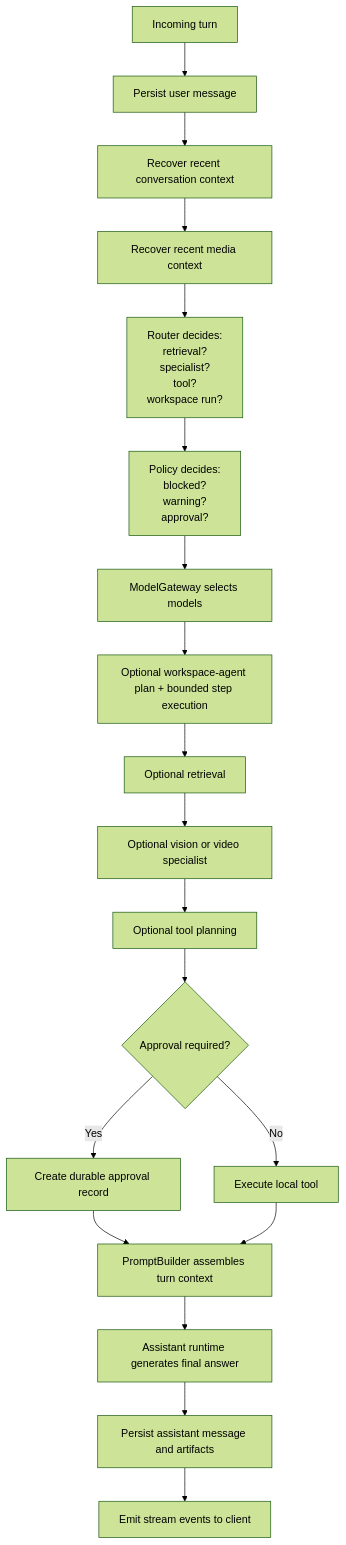
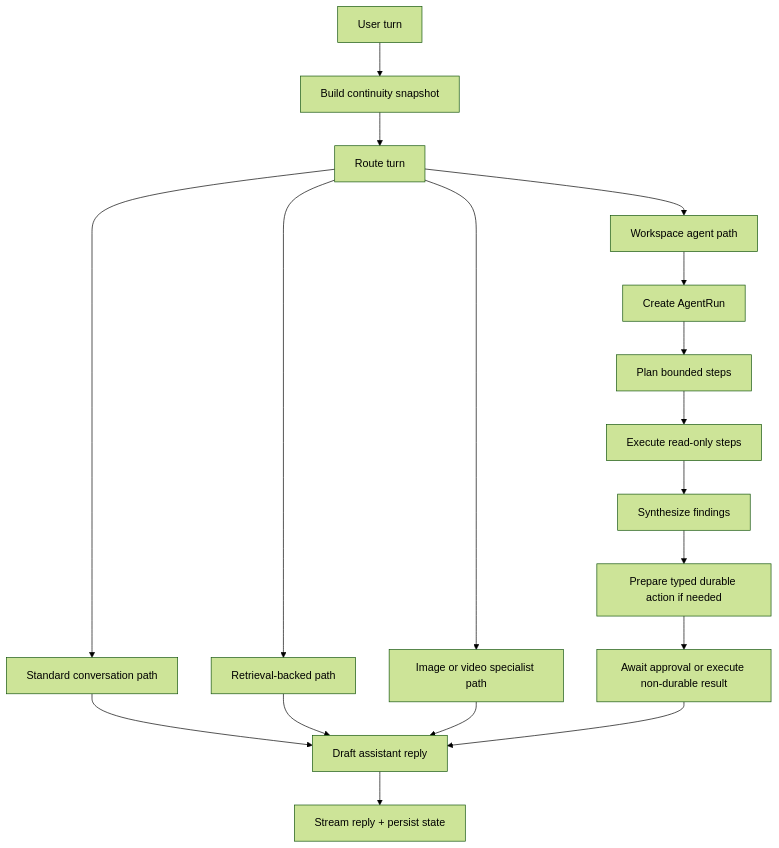
The second of 5 diagrams in README.md (CheickDiakite-yikes/gemma-local-expert), drawn with Mermaid (forest theme) before and after one commit. The commit also changed other lines of this file and 11 other files, not shown here.

Commit message:
Broaden local outputs and harden continuity

````diff
--- a/README.md
+++ b/README.md
@@ -232,21 +449,20 @@
 ```mermaid
 flowchart TD
-    A["Incoming turn"] --> B["Persist user message"]
-    B --> C["Recover recent conversation context"]
-    C --> D["Recover recent media context"]
-    D --> E["Router decides:<br/>retrieval?<br/>specialist?<br/>tool?<br/>workspace run?"]
-    E --> F["Policy decides:<br/>blocked?<br/>warning?<br/>approval?"]
-    F --> G["ModelGateway selects models"]
-    G --> H["Optional workspace-agent plan + bounded step execution"]
-    H --> I["Optional retrieval"]
-    I --> J["Optional vision or video specialist"]
-    J --> K["Optional tool planning"]
-    K --> L{"Approval required?"}
-    L -- Yes --> M["Create durable approval record"]
-    L -- No --> N["Execute local tool"]
-    M --> O["PromptBuilder assembles turn context"]
-    N --> O
-    O --> P["Assistant runtime generates final answer"]
-    P --> Q["Persist assistant message and artifacts"]
-    Q --> R["Emit stream events to client"]
+    A["User turn"] --> B["Build continuity snapshot"]
+    B --> C["Route turn"]
+    C --> D["Standard conversation path"]
+    C --> E["Retrieval-backed path"]
+    C --> F["Image or video specialist path"]
+    C --> G["Workspace agent path"]
+    G --> H["Create AgentRun"]
+    H --> I["Plan bounded steps"]
+    I --> J["Execute read-only steps"]
+    J --> K["Synthesize findings"]
+    K --> L["Prepare typed durable action if needed"]
+    L --> M["Await approval or execute non-durable result"]
+    D --> N["Draft assistant reply"]
+    E --> N
+    F --> N
+    M --> N
+    N --> O["Stream reply + persist state"]
 ```
````
